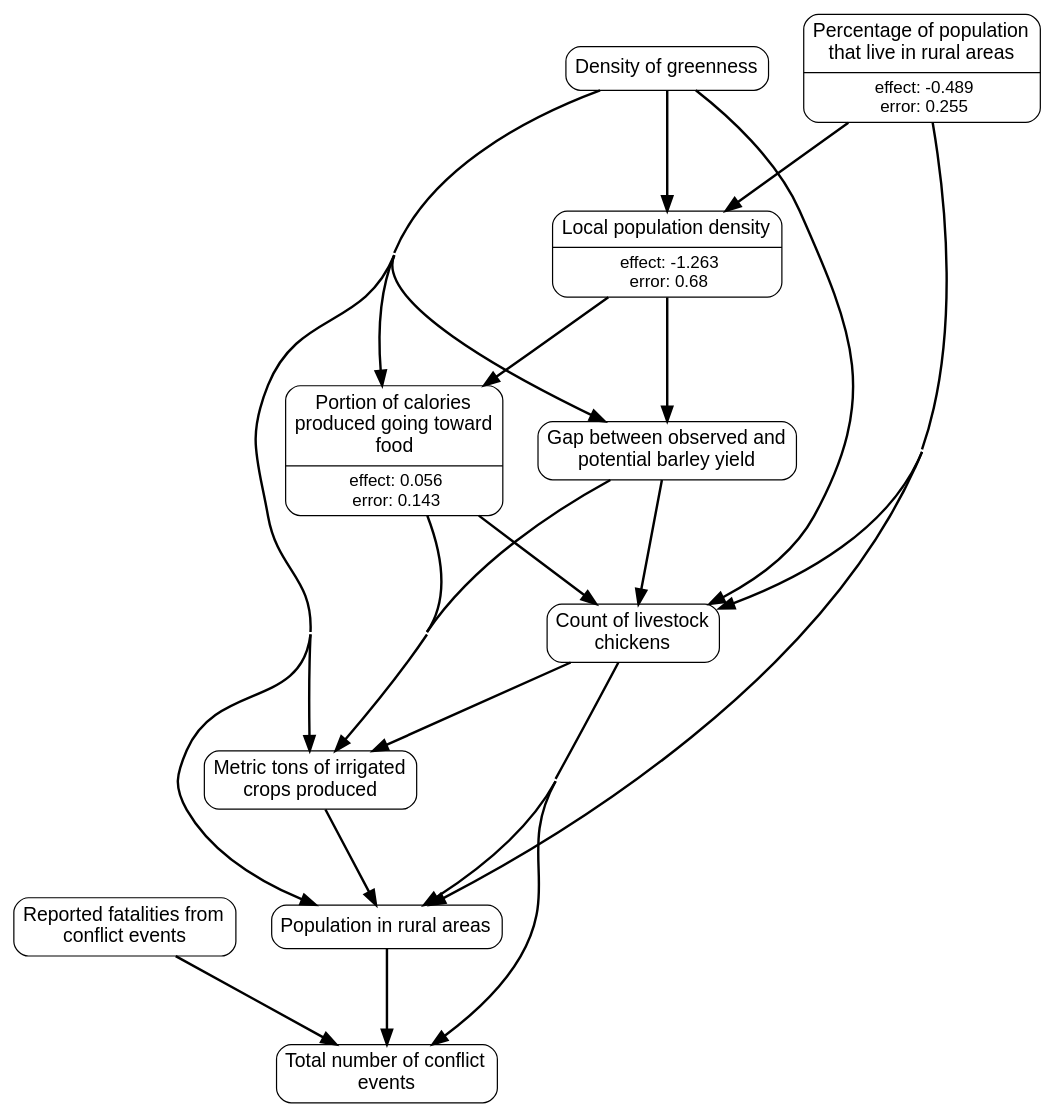
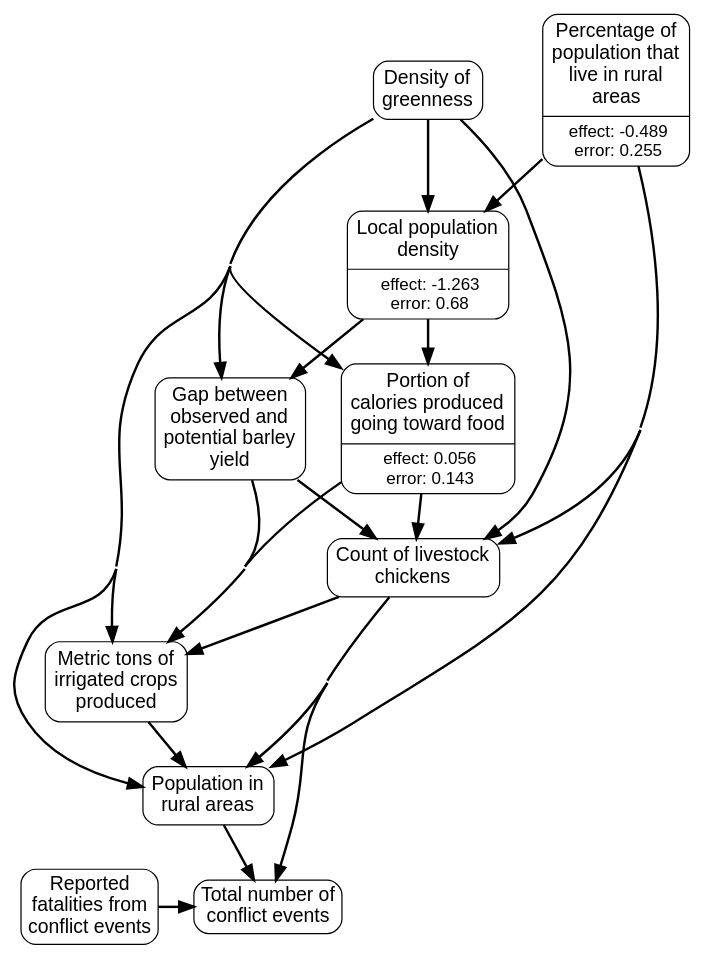
One commit to wri/wri-wpsi changed the diagram in app/javascript/images/regions/causal_graphs/middle_east_and_north_africa.gv. Above: the diagram before and after it, drawn with Graphviz. The commit also changed 14 other files, not shown here.

```diff
--- a/app/javascript/images/regions/causal_graphs/middle_east_and_north_africa.gv
+++ b/app/javascript/images/regions/causal_graphs/middle_east_and_north_africa.gv
@@ -1,75 +1,74 @@
 # generated file for region: middle_east_and_north_africa by CausalModelRegionGenerator
 strict digraph causalModel {
 nodesep = 0.4;
 concentrate = true;
 node[shape = Mrecord, fontname = "Helvetica, Arial, sans-serif", margin = "0.07,0.05", penwidth = 1.0];
 edge[arrowsize = 1.2, penwidth = 2];
-ranksep=1;
 
+#ranks
+{rank=same; rurratio_s ndvi_act_min_m; }
+{rank=same; acl_sum_evnt_m acl_sum_fatl_m; }
 # links
 DeliveredkcalFraction_s -> chicken_number_s;
 DeliveredkcalFraction_s -> spam_P_i_avg_s;
 chicken_number_s -> spam_P_i_avg_s;
 chicken_number_s -> rurpop_s;
 chicken_number_s -> acl_sum_evnt_m;
 spam_P_i_avg_s -> rurpop_s;
 rurpop_s -> acl_sum_evnt_m;
 yield_gap_barley_s -> chicken_number_s;
 yield_gap_barley_s -> spam_P_i_avg_s;
 rurratio_s -> chicken_number_s;
 rurratio_s -> rurpop_s;
 rurratio_s -> locdensity_y;
 locdensity_y -> DeliveredkcalFraction_s;
 locdensity_y -> yield_gap_barley_s;
 ndvi_act_min_m -> DeliveredkcalFraction_s;
 ndvi_act_min_m -> chicken_number_s;
 ndvi_act_min_m -> spam_P_i_avg_s;
 ndvi_act_min_m -> rurpop_s;
 ndvi_act_min_m -> yield_gap_barley_s;
 ndvi_act_min_m -> locdensity_y;
 acl_sum_fatl_m -> acl_sum_evnt_m;
 # nodes
 DeliveredkcalFraction_s [label = <{<table align="center" border="0" cellspacing="1" cellpadding="1">
-<tr><td><font point-size="16">Portion of calories<br/>produced going toward<br/>food<br/></font></td></tr>
+<tr><td><font point-size="16">Portion of<br/>calories produced<br/>going toward food<br/></font></td></tr>
 </table>
 |<table border="0" cellspacing="1" cellpadding="0.5"><tr><td><font point-size="14">effect: 0.056</font></td></tr>
 <tr><td><font point-size="14">error: 0.143</font></td></tr></table>}>, class = rankB];
 chicken_number_s [label = <<table align="center" border="0" cellspacing="1" cellpadding="1">
 <tr><td><font point-size="16">Count of livestock<br/>chickens<br/></font></td></tr>
 </table>
 >, class = rankB];
 spam_P_i_avg_s [label = <<table align="center" border="0" cellspacing="1" cellpadding="1">
-<tr><td><font point-size="16">Metric tons of irrigated<br/>crops produced<br/></font></td></tr>
+<tr><td><font point-size="16">Metric tons of<br/>irrigated crops<br/>produced<br/></font></td></tr>
 </table>
 >, class = rankB];
 rurpop_s [label = <<table align="center" border="0" cellspacing="1" cellpadding="1">
-<tr><td><font point-size="16">Population in rural areas</font></td></tr>
+<tr><td><font point-size="16">Population in<br/>rural areas<br/></font></td></tr>
 </table>
 >, class = rankB];
 yield_gap_barley_s [label = <<table align="center" border="0" cellspacing="1" cellpadding="1">
-<tr><td><font point-size="16">Gap between observed and<br/>potential barley yield<br/></font></td></tr>
+<tr><td><font point-size="16">Gap between<br/>observed and<br/>potential barley<br/>yield<br/></font></td></tr>
 </table>
 >, class = rankB];
 rurratio_s [label = <{<table align="center" border="0" cellspacing="1" cellpadding="1">
-<tr><td><font point-size="16">Percentage of population<br/>that live in rural areas<br/></font></td></tr>
+<tr><td><font point-size="16">Percentage of<br/>population that<br/>live in rural<br/>areas<br/></font></td></tr>
 </table>
 |<table border="0" cellspacing="1" cellpadding="0.5"><tr><td><font point-size="14">effect: -0.489</font></td></tr>
 <tr><td><font point-size="14">error: 0.255</font></td></tr></table>}>, class = rankA];
 locdensity_y [label = <{<table align="center" border="0" cellspacing="1" cellpadding="1">
-<tr><td><font point-size="16">Local population density</font></td></tr>
+<tr><td><font point-size="16">Local population<br/>density<br/></font></td></tr>
 </table>
 |<table border="0" cellspacing="1" cellpadding="0.5"><tr><td><font point-size="14">effect: -1.263</font></td></tr>
 <tr><td><font point-size="14">error: 0.68</font></td></tr></table>}>, class = rankB];
 ndvi_act_min_m [label = <<table align="center" border="0" cellspacing="1" cellpadding="1">
-<tr><td><font point-size="16">Density of greenness</font></td></tr>
+<tr><td><font point-size="16">Density of<br/>greenness<br/></font></td></tr>
 </table>
 >, class = rankA];
-acl_sum_evnt_m [label = <<table align="center" border="0" cellspacing="1" cellpadding="1">
-<tr><td><font point-size="16">Total number of conflict<br/>events<br/></font></td></tr>
-</table>
->, class = rankC];
-acl_sum_fatl_m [label = <<table align="center" border="0" cellspacing="1" cellpadding="1">
-<tr><td><font point-size="16">Reported fatalities from<br/>conflict events<br/></font></td></tr>
-</table>
->, class = rankC];
+acl_sum_evnt_m [label = "Total number of
+conflict events", class = rankC, shape=box, style=rounded, fontsize="16pt"];
+acl_sum_fatl_m [label = "Reported
+fatalities from
+conflict events", class = rankC, shape=box, style=rounded, fontsize="16pt"];
 }
```
